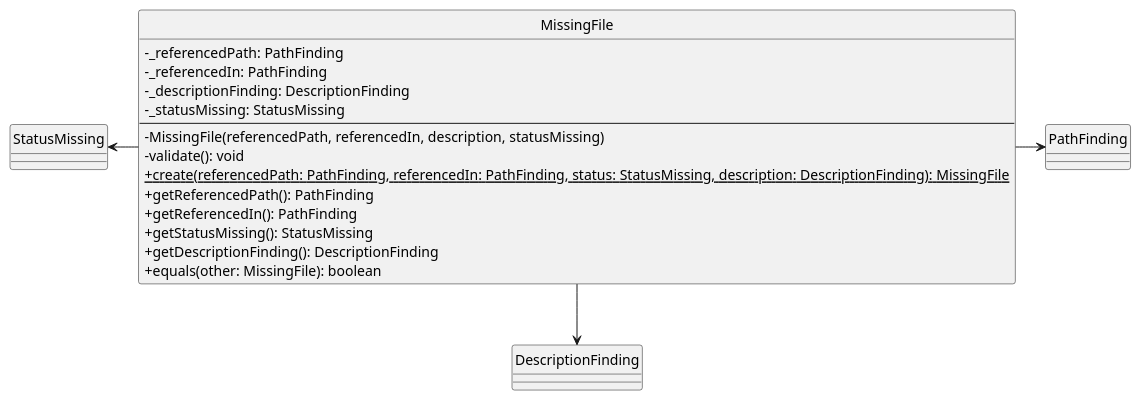
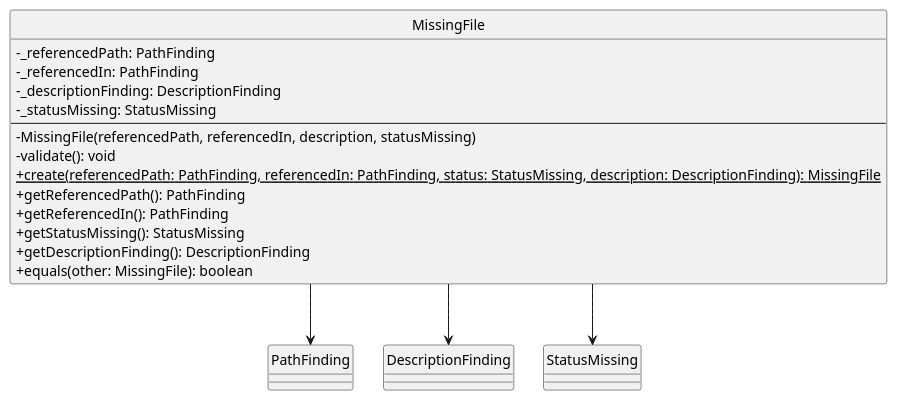
Before and after one commit to SkarabGroup/DocumentazioneProgetto: the diagram in assets/st_diagrams/code/plantuml/analysis/domain/valueObjects/missingFile.vo.plantuml, drawn with PlantUML. The commit also changed 30 other files, not shown here.

```diff
--- a/assets/st_diagrams/code/plantuml/analysis/domain/valueObjects/missingFile.vo.plantuml
+++ b/assets/st_diagrams/code/plantuml/analysis/domain/valueObjects/missingFile.vo.plantuml
@@ -1,28 +1,28 @@
 @startuml MissingFile
 skinparam componentStyle uml2.5
 skinparam linetype ortho
 skinparam nodesep 30
 skinparam ranksep 30
 skinparam ClassAttributeIconSize 0
 hide circles
 
 class MissingFile {
     - _referencedPath: PathFinding
     - _referencedIn: PathFinding
     - _descriptionFinding: DescriptionFinding
     - _statusMissing: StatusMissing
     ---
     - MissingFile(referencedPath, referencedIn, description, statusMissing)
     - validate(): void
     + {static} create(referencedPath: PathFinding, referencedIn: PathFinding, status: StatusMissing, description: DescriptionFinding): MissingFile
     + getReferencedPath(): PathFinding
     + getReferencedIn(): PathFinding
     + getStatusMissing(): StatusMissing
     + getDescriptionFinding(): DescriptionFinding
     + equals(other: MissingFile): boolean
 }
 
-MissingFile --right-> PathFinding
+MissingFile --down-> PathFinding
 MissingFile --down-> DescriptionFinding
-MissingFile --left-> StatusMissing
+MissingFile --down-> StatusMissing
 @enduml
```
